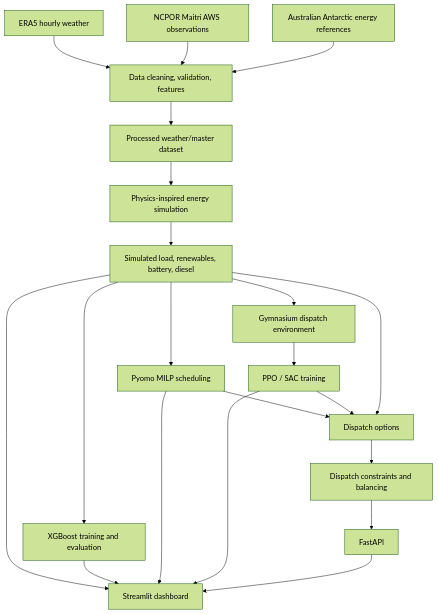
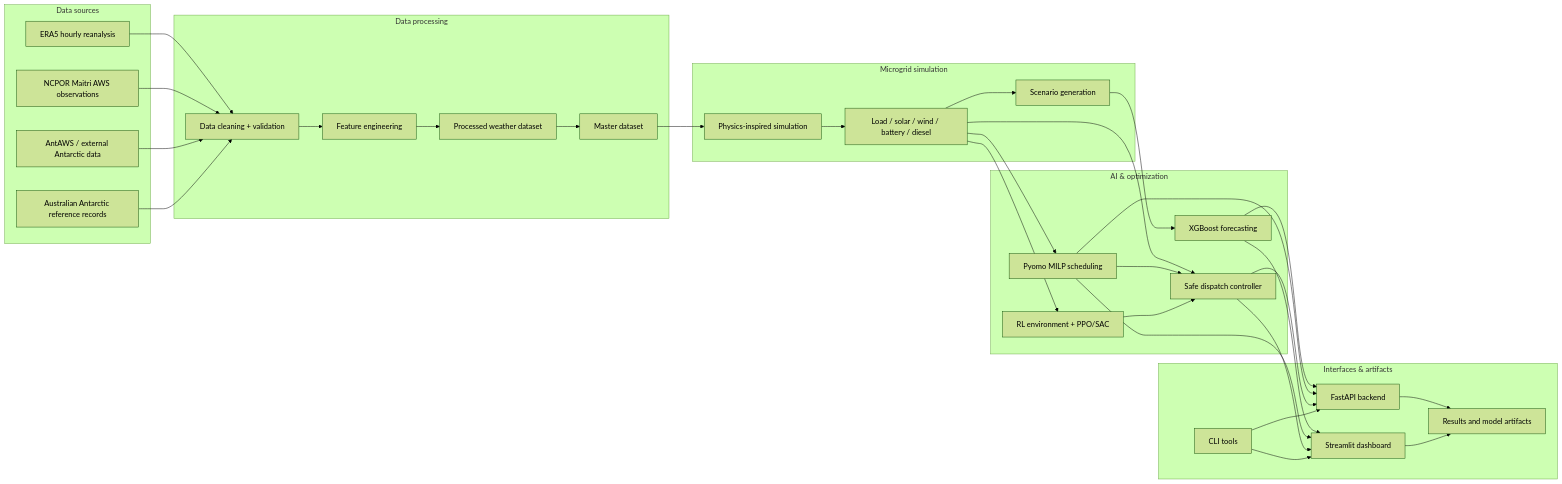
One commit to AnkitSingh1827/PolarGrid-AI-Antarctic-Microgrid-Energy-Management changed the diagram in README.md. Above: the diagram before and after it, drawn with Mermaid (forest theme). The commit also changed other lines of this file, not shown here.

````diff
--- a/README.md
+++ b/README.md
@@ -41,23 +38,61 @@
 ```mermaid
-flowchart TD
-    A[ERA5 hourly weather] --> B[Data cleaning, validation, features]
-    C[NCPOR Maitri AWS observations] --> B
-    D[Australian Antarctic energy references] --> B
-    B --> E[Processed weather/master dataset]
-    E --> F[Physics-inspired energy simulation]
-    F --> G[Simulated load, renewables, battery, diesel]
-    G --> H[XGBoost training and evaluation]
-    G --> I[Pyomo MILP scheduling]
-    G --> J[Gymnasium dispatch environment]
-    J --> K[PPO / SAC training]
-    I --> L[Dispatch options]
+flowchart LR
+    subgraph Inputs[Data sources]
+        A[ERA5 hourly reanalysis]
+        B[NCPOR Maitri AWS observations]
+        C[AntAWS / external Antarctic data]
+        D[Australian Antarctic reference records]
+    end
+
+    subgraph Processing[Data processing]
+        E[Data cleaning + validation]
+        F[Feature engineering]
+        G[Processed weather dataset]
+        H[Master dataset]
+    end
+
+    subgraph Simulation[Microgrid simulation]
+        I[Physics-inspired simulation]
+        J[Load / solar / wind / battery / diesel]
+        K[Scenario generation]
+    end
+
+    subgraph Intelligence[AI & optimization]
+        L[XGBoost forecasting]
+        M[Pyomo MILP scheduling]
+        N[RL environment + PPO/SAC]
+        O[Safe dispatch controller]
+    end
+
+    subgraph Outputs[Interfaces & artifacts]
+        P[FastAPI backend]
+        Q[Streamlit dashboard]
+        R[CLI tools]
+        S[Results and model artifacts]
+    end
+
+    A --> E
+    B --> E
+    C --> E
+    D --> E
+    E --> F --> G --> H
+    H --> I
+    I --> J
+    J --> K
     K --> L
-    G --> L
-    L --> M[Dispatch constraints and balancing]
-    M --> N[FastAPI]
-    G --> O[Streamlit dashboard]
-    H --> O
-    I --> O
-    K --> O
+    J --> M
+    J --> N
+    J --> O
+    M --> O
     N --> O
+    L --> P
+    M --> P
+    O --> P
+    L --> Q
+    M --> Q
+    O --> Q
+    P --> S
+    Q --> S
+    R --> P
+    R --> Q
 ```
````
